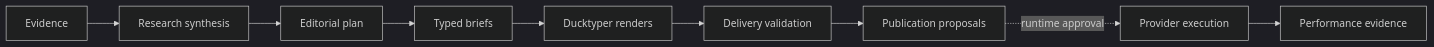
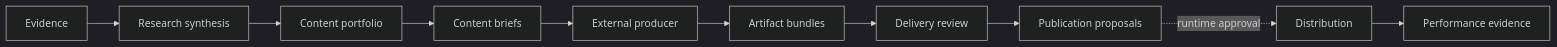
The first of 2 diagrams in README.md (profrodai/zeocreator), drawn with Mermaid (dark theme) before and after one commit. The commit also changed other lines of this file and 143 other files, not shown here.

````diff
--- a/README.md
+++ b/README.md
@@ -27,11 +26,12 @@
 ```mermaid
 flowchart LR
-    R[Evidence] --> S[Research synthesis]
-    S --> P[Editorial plan]
-    P --> B[Typed briefs]
-    B --> D[Ducktyper renders]
-    D --> V[Delivery validation]
+    E[Evidence] --> R[Research synthesis]
+    R --> P[Content portfolio]
+    P --> B[Content briefs]
+    B --> X[External producer]
+    X --> A[Artifact bundles]
+    A --> V[Delivery review]
     V --> O[Publication proposals]
-    O -. runtime approval .-> X[Provider execution]
-    X --> M[Performance evidence]
+    O -. runtime approval .-> D[Distribution]
+    D --> M[Performance evidence]
 ```
````
